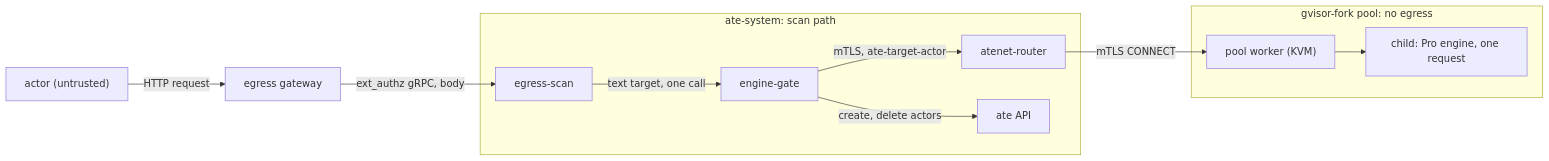
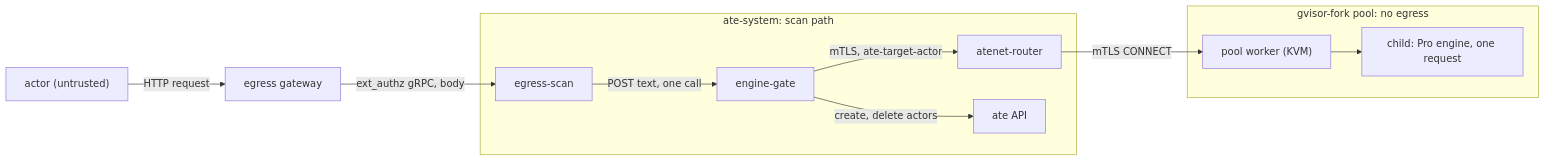
One commit to jomcgi-org/homelab changed the first of 3 diagrams in projects/platform-factory/substrate/egress-scan/ARCHITECTURE.md. Above: the diagram before and after it, drawn with Mermaid. The commit also changed other lines of this file and 1 other file, not shown here.

First line of the commit message:
docs(egress-scan): fix the engine path note after design review

````diff
--- a/projects/platform-factory/substrate/egress-scan/ARCHITECTURE.md
+++ b/projects/platform-factory/substrate/egress-scan/ARCHITECTURE.md
@@ -10,14 +11,14 @@
 ```mermaid
 flowchart LR
   A["actor (untrusted)"] -- "HTTP request" --> G[egress gateway]
   G -- "ext_authz gRPC, body" --> S[egress-scan]
   subgraph T ["ate-system: scan path"]
-    S -- "text target, one call" --> E[engine-gate]
+    S -- "POST text, one call" --> E[engine-gate]
     E -- "mTLS, ate-target-actor" --> R[atenet-router]
     E -- "create, delete actors" --> P[ate API]
   end
   R -- "mTLS CONNECT" --> K["pool worker (KVM)"]
   subgraph K2 ["gvisor-fork pool: no egress"]
     K --> C["child: Pro engine, one request"]
   end
 ```
````
